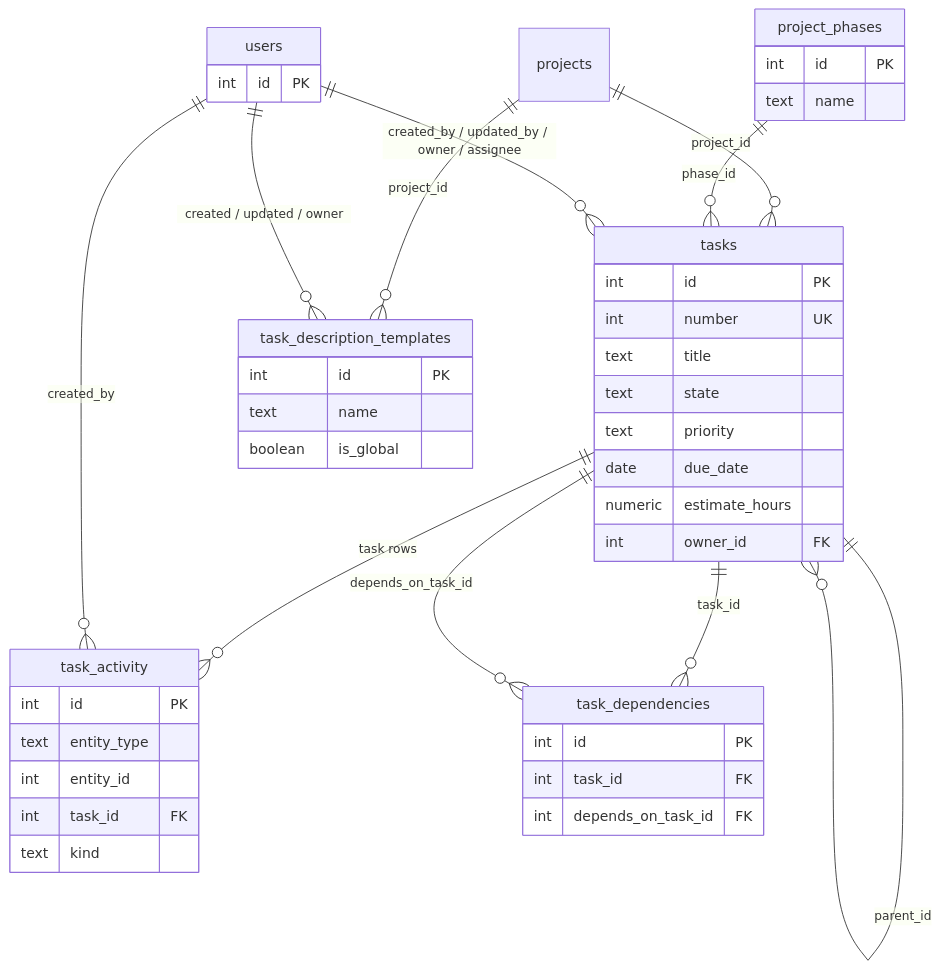
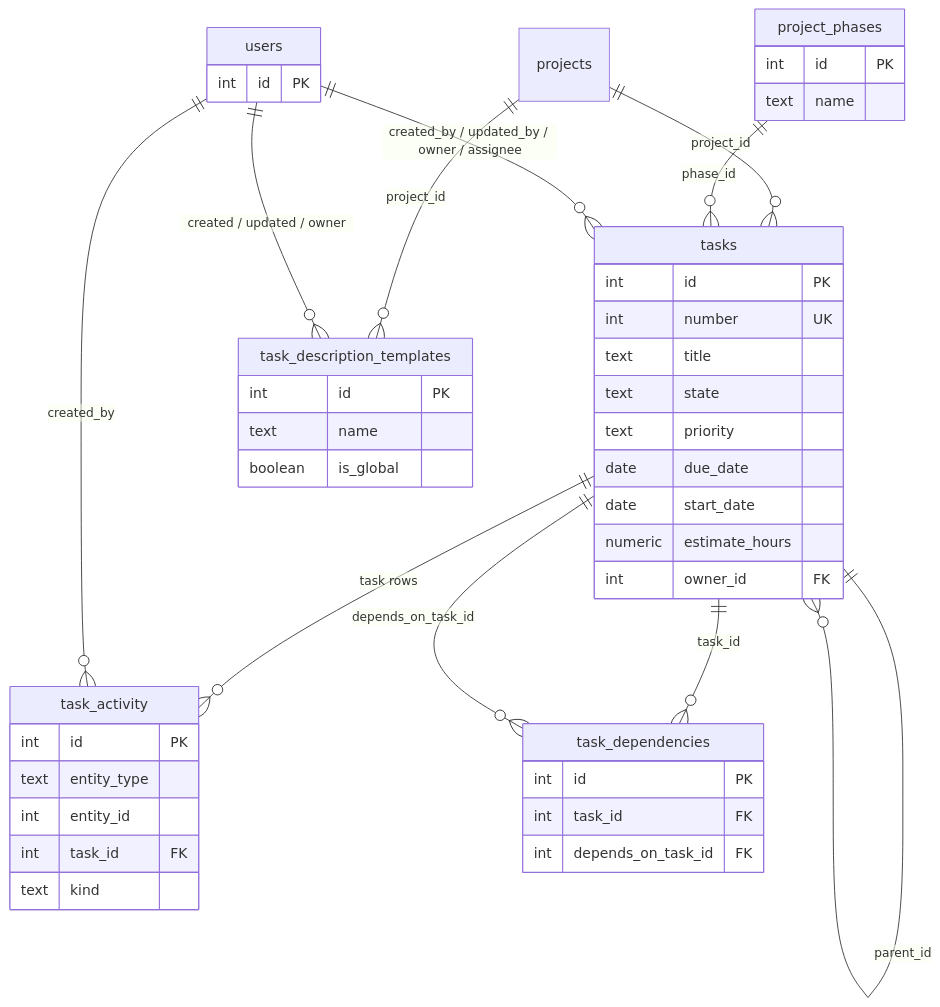
The diagram in docs/database/tasks.md (blackrook-io/taskmesh), drawn with Mermaid before and after one commit. The commit also changed other lines of this file and 49 other files, not shown here.

Commit message:
Release 0.87.0 so Tasks, ToDos, and Projects can store a Start date.

````diff
--- a/docs/database/tasks.md
+++ b/docs/database/tasks.md
@@ -11,48 +11,49 @@
 ```mermaid
 erDiagram
   projects ||--o{ tasks : "project_id"
   project_phases ||--o{ tasks : "phase_id"
   tasks ||--o{ tasks : "parent_id"
   users ||--o{ tasks : "created_by / updated_by / owner / assignee"
   tasks ||--o{ task_activity : "task rows"
   tasks ||--o{ task_dependencies : "task_id"
   tasks ||--o{ task_dependencies : "depends_on_task_id"
   projects ||--o{ task_description_templates : "project_id"
   users ||--o{ task_description_templates : "created / updated / owner"
   users ||--o{ task_activity : "created_by"
 
   project_phases {
     int id PK
     text name
   }
   tasks {
     int id PK
     int number UK
     text title
     text state
     text priority
     date due_date
+    date start_date
     numeric estimate_hours
     int owner_id FK
   }
   task_activity {
     int id PK
     text entity_type
     int entity_id
     int task_id FK
     text kind
   }
   task_dependencies {
     int id PK
     int task_id FK
     int depends_on_task_id FK
   }
   task_description_templates {
     int id PK
     text name
     boolean is_global
   }
   users {
     int id PK
   }
 ```
````
